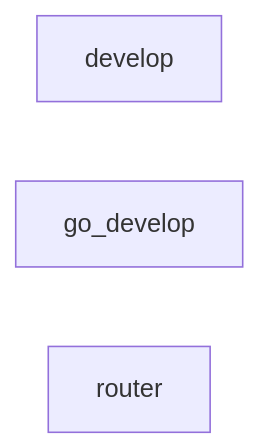
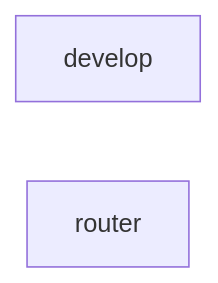
The diagram in .decree/graph/system.md (jtmckay/decree-go-rest), drawn with Mermaid before and after one commit. The commit also changed other lines of this file and 21 other files, not shown here.

````diff
--- a/.decree/graph/system.md
+++ b/.decree/graph/system.md
@@ -9,6 +8,5 @@
 ```mermaid
 flowchart LR
     develop["develop"]
-    go_develop["go_develop"]
     router["router"]
 ```
````
